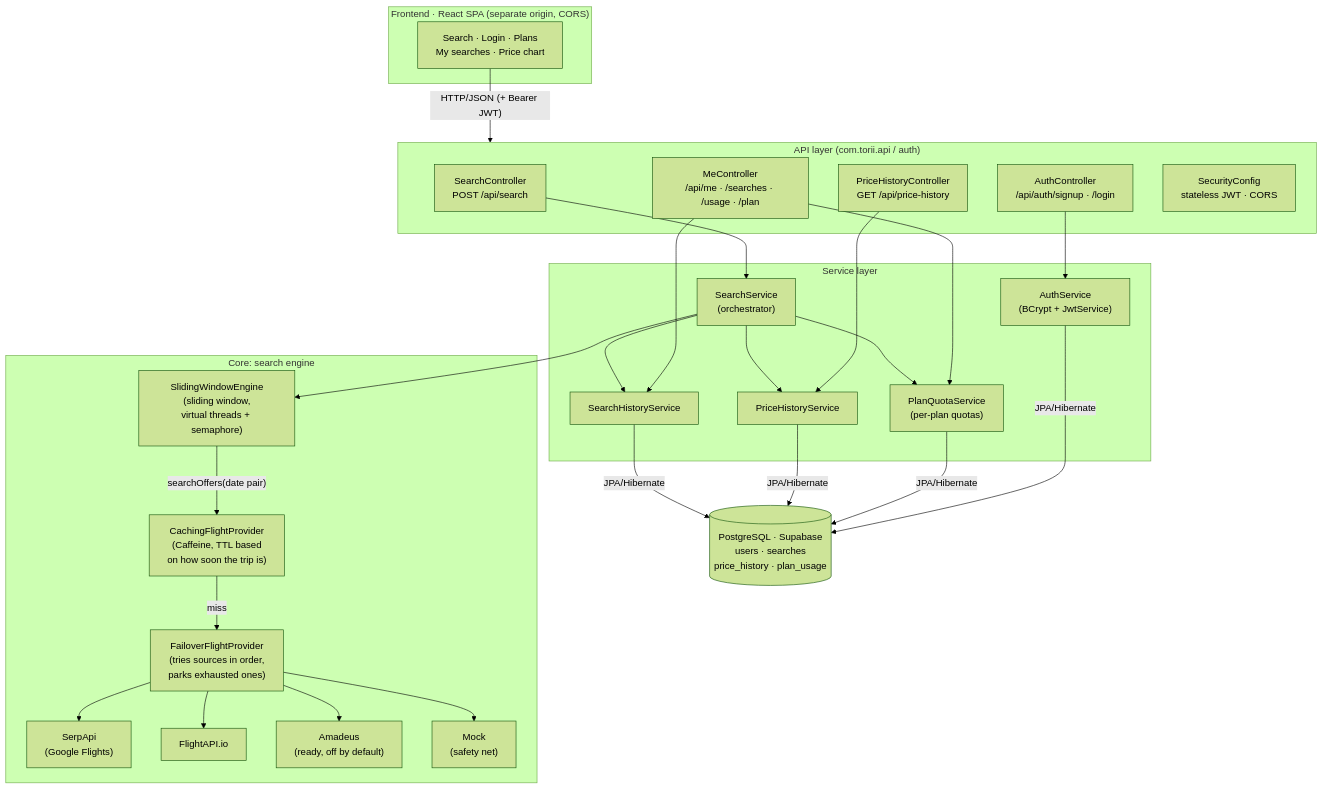
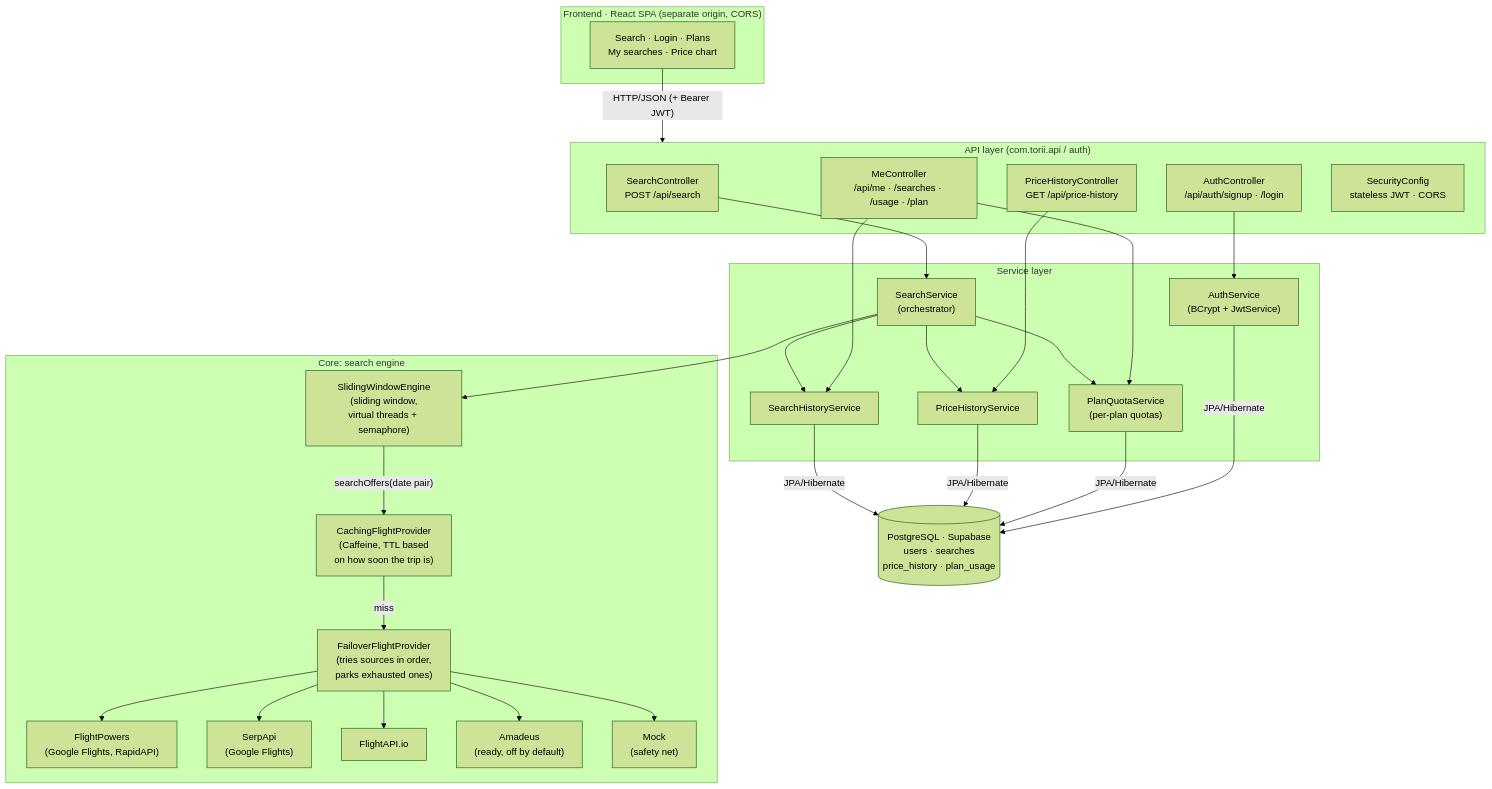
Before and after one commit to marcos-ruizflores/Torii: the first of 6 diagrams in docs/ARCHITECTURE.md, drawn with Mermaid (forest theme). The commit also changed other lines of this file and 12 other files, not shown here.

First line of the commit message:
Add FlightPowers as the first flight provider, show Google's price verdict

````diff
--- a/docs/ARCHITECTURE.md
+++ b/docs/ARCHITECTURE.md
@@ -28,47 +28,48 @@
 ```mermaid
 flowchart TB
     subgraph FRONTEND["Frontend · React SPA (separate origin, CORS)"]
         UI["Search · Login · Plans<br/>My searches · Price chart"]
     end
 
     subgraph API["API layer (com.torii.api / auth)"]
         SC["SearchController<br/>POST /api/search"]
         AC["AuthController<br/>/api/auth/signup · /login"]
         MC["MeController<br/>/api/me · /searches · /usage · /plan"]
         PHC["PriceHistoryController<br/>GET /api/price-history"]
         SEC["SecurityConfig<br/>stateless JWT · CORS"]
     end
 
     subgraph SERVICES["Service layer"]
         SS["SearchService<br/>(orchestrator)"]
         QS["PlanQuotaService<br/>(per-plan quotas)"]
         AS["AuthService<br/>(BCrypt + JwtService)"]
         PHS["PriceHistoryService"]
         SHS["SearchHistoryService"]
     end
 
     subgraph ENGINE["Core: search engine"]
         ENG["SlidingWindowEngine<br/>(sliding window,<br/>virtual threads + semaphore)"]
         CACHE["CachingFlightProvider<br/>(Caffeine, TTL based<br/>on how soon the trip is)"]
         FAIL["FailoverFlightProvider<br/>(tries sources in order,<br/>parks exhausted ones)"]
+        P0["FlightPowers<br/>(Google Flights, RapidAPI)"]
         P1["SerpApi<br/>(Google Flights)"]
         P2["FlightAPI.io"]
         P3["Amadeus<br/>(ready, off by default)"]
         P4["Mock<br/>(safety net)"]
     end
 
     DB[("PostgreSQL · Supabase<br/>users · searches<br/>price_history · plan_usage")]
 
     UI -- "HTTP/JSON (+ Bearer JWT)" --> API
     SC --> SS
     AC --> AS
     MC --> QS & SHS
     PHC --> PHS
     SS --> QS
     SS --> ENG
     SS --> PHS & SHS
     ENG -- "searchOffers(date pair)" --> CACHE
     CACHE -- "miss" --> FAIL
-    FAIL --> P1 & P2 & P3 & P4
+    FAIL --> P0 & P1 & P2 & P3 & P4
     AS & QS & PHS & SHS -- "JPA/Hibernate" --> DB
 ```
````
